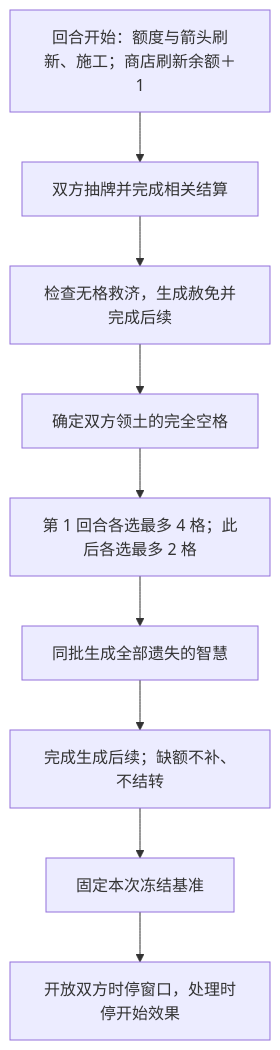
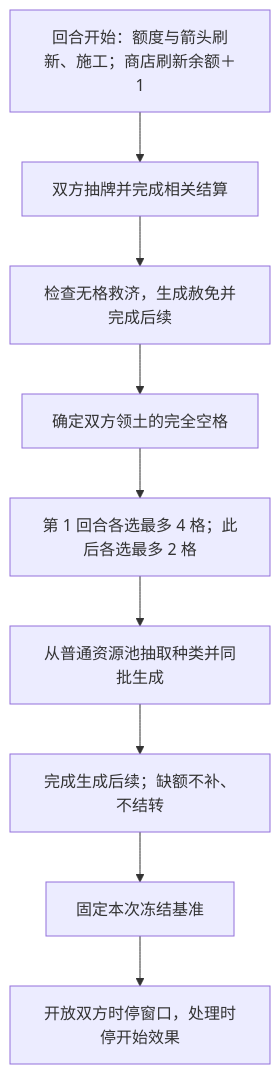
Before and after one commit to Time-Block-Hero/tbh-website: the diagram in docs/rules/standard/automatic.md, drawn with Mermaid. The commit also changed other lines of this file and 6 other files, not shown here.

````diff
--- a/docs/rules/standard/automatic.md
+++ b/docs/rules/standard/automatic.md
@@ -46,11 +48,11 @@
 ```mermaid
 flowchart TD
   refresh["回合开始：额度与箭头刷新、施工；商店刷新余额＋1"] --> draw["双方抽牌并完成相关结算"]
   draw --> relief["检查无格救济，生成赦免并完成后续"]
   relief --> cells["确定双方领土的完全空格"]
   cells --> select["第 1 回合各选最多 4 格；此后各选最多 2 格"]
-  select --> spawn["同批生成全部遗失的智慧"]
+  select --> spawn["从普通资源池抽取种类并同批生成"]
   spawn --> follow["完成生成后续；缺额不补、不结转"]
   follow --> freeze["固定本次冻结基准"]
   freeze --> stop["开放双方时停窗口，处理时停开始效果"]
 ```
````
